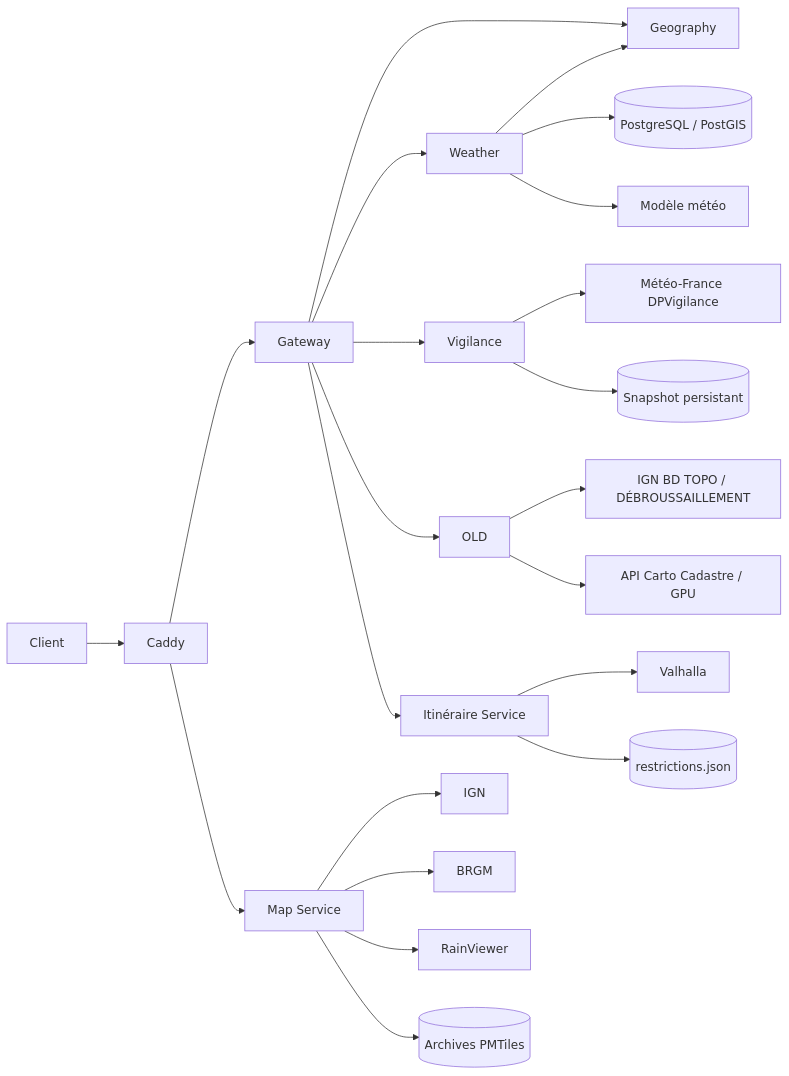
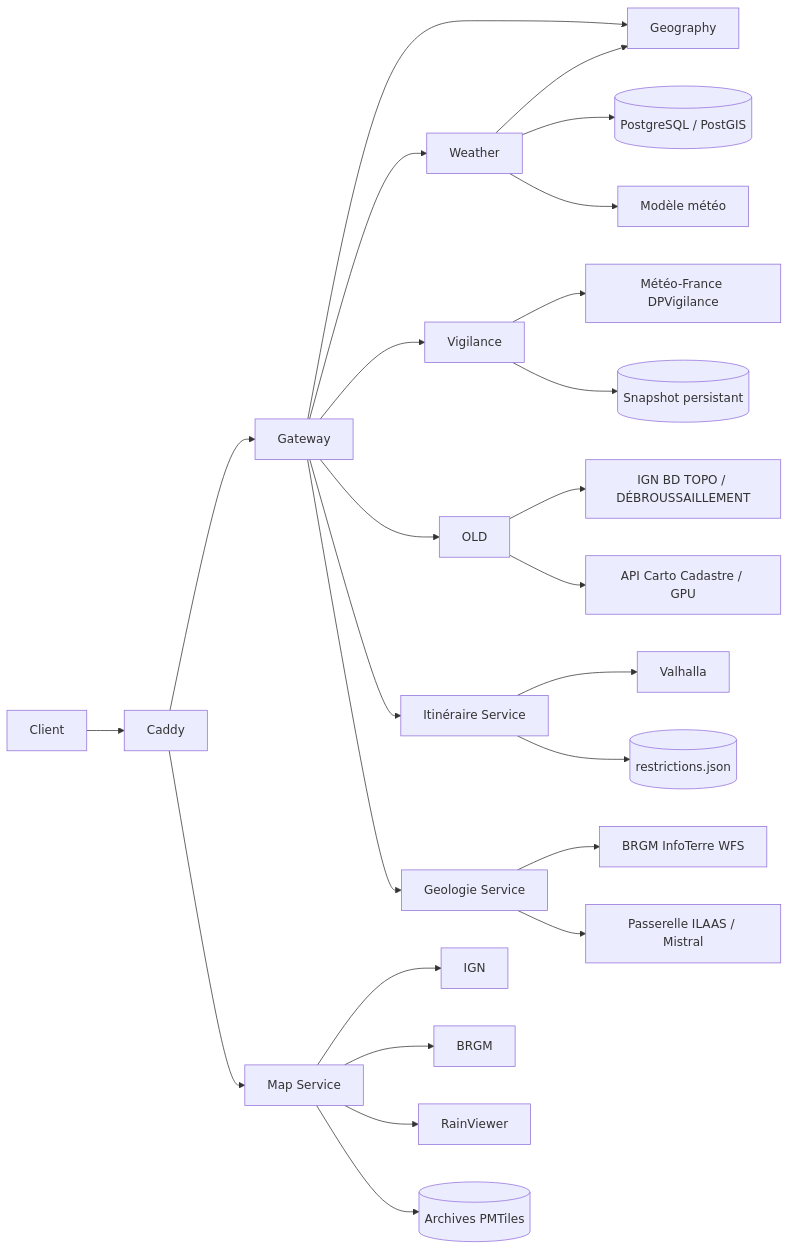
Before and after one commit to acastanet/opendataval: the diagram in doc/microservice/README.md, drawn with Mermaid. The commit also changed other lines of this file and 41 other files, not shown here.

First line of the commit message:
feat(geologie): ajoute la recherche d'ouvrages BSS BRGM par pertinence

````diff
--- a/doc/microservice/README.md
+++ b/doc/microservice/README.md
@@ -22,24 +23,27 @@
 ```mermaid
 flowchart LR
   Client --> Caddy
   Caddy --> Gateway
   Caddy --> Map[Map Service]
   Gateway --> Geography
   Gateway --> Weather
   Gateway --> Vigilance
   Gateway --> OLD
   Gateway --> Itineraire[Itinéraire Service]
   Itineraire --> Valhalla
   Itineraire --> Restrictions[(restrictions.json)]
   Weather --> Geography
   Weather --> PostgreSQL[(PostgreSQL / PostGIS)]
   Weather --> Modele[Modèle météo]
   Vigilance --> MF[Météo-France DPVigilance]
   Vigilance --> Snapshot[(Snapshot persistant)]
   OLD --> IGNOLD[IGN BD TOPO / DÉBROUSSAILLEMENT]
   OLD --> APICarto[API Carto Cadastre / GPU]
+  Gateway --> Geologie[Geologie Service]
+  Geologie --> BRGMWfs[BRGM InfoTerre WFS]
+  Geologie --> LLM[Passerelle ILAAS / Mistral]
   Map --> IGN[IGN]
   Map --> BRGM[BRGM]
   Map --> Radar[RainViewer]
   Map --> Relief[(Archives PMTiles)]
 ```
````
